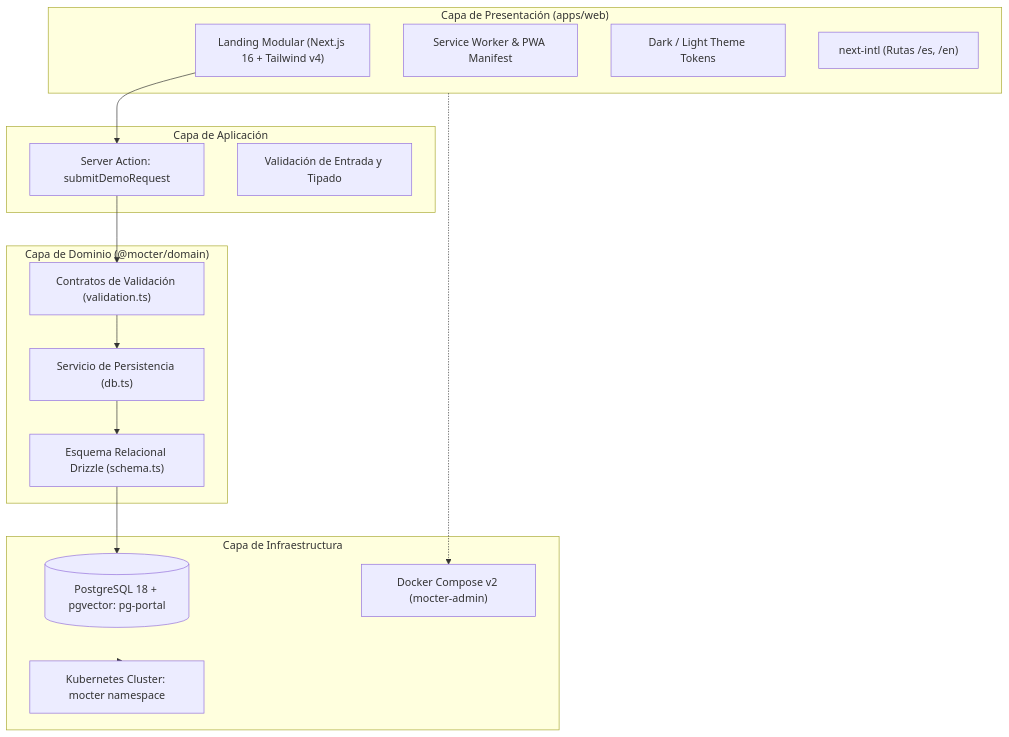
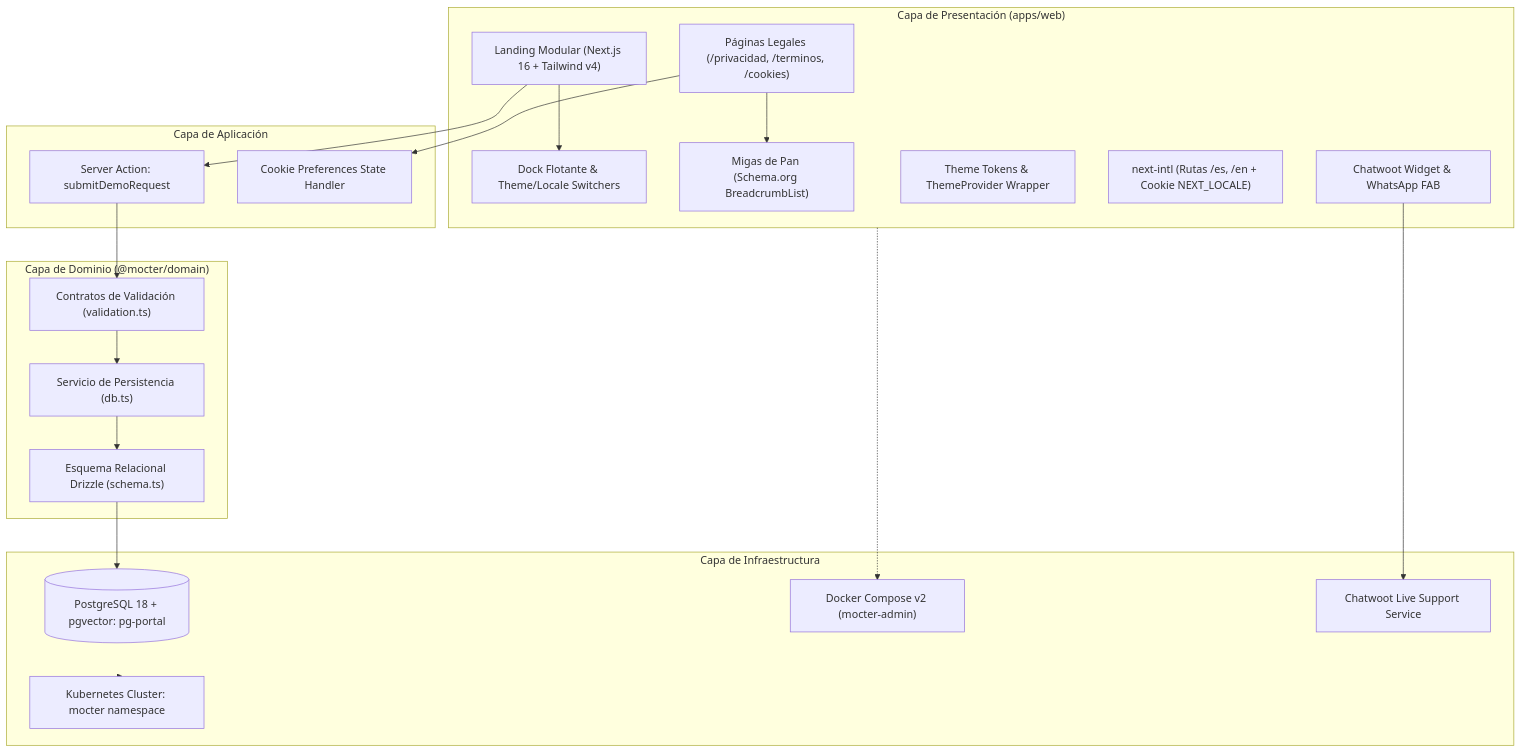
One commit to EnuarRosales/landig-agencia changed the diagram in ESTADO_TECNICO_ACTUAL.md. Above: the diagram before and after it, drawn with Mermaid. The commit also changed other lines of this file, not shown here.

Commit message:
docs: update technical state with chatwoot, legal pages and ui enhancements

````diff
--- a/ESTADO_TECNICO_ACTUAL.md
+++ b/ESTADO_TECNICO_ACTUAL.md
@@ -98,34 +119,42 @@
 ```mermaid
 flowchart TD
     subgraph Presentation["Capa de Presentación (apps/web)"]
         UI["Landing Modular (Next.js 16 + Tailwind v4)"]
-        PWA["Service Worker & PWA Manifest"]
-        Theme["Dark / Light Theme Tokens"]
-        i18n["next-intl (Rutas /es, /en)"]
+        Nav["Dock Flotante & Theme/Locale Switchers"]
+        Legal["Páginas Legales (/privacidad, /terminos, /cookies)"]
+        Breadcrumbs["Migas de Pan (Schema.org BreadcrumbList)"]
+        Chat["Chatwoot Widget & WhatsApp FAB"]
+        Theme["Theme Tokens & ThemeProvider Wrapper"]
+        i18n["next-intl (Rutas /es, /en + Cookie NEXT_LOCALE)"]
     end
 
     subgraph AppLogic["Capa de Aplicación"]
         Action["Server Action: submitDemoRequest"]
-        RateLimit["Validación de Entrada y Tipado"]
+        CookiesAction["Cookie Preferences State Handler"]
     end
 
     subgraph Domain["Capa de Dominio (@mocter/domain)"]
         ZodSchema["Contratos de Validación (validation.ts)"]
         DBService["Servicio de Persistencia (db.ts)"]
         DrizzleSchema["Esquema Relacional Drizzle (schema.ts)"]
     end
 
     subgraph Infrastructure["Capa de Infraestructura"]
         PG[(PostgreSQL 18 + pgvector: pg-portal)]
         Docker["Docker Compose v2 (mocter-admin)"]
         K8s["Kubernetes Cluster: mocter namespace"]
+        ChatwootSvc["Chatwoot Live Support Service"]
     end
 
+    UI --> Nav
     UI --> Action
+    Legal --> Breadcrumbs
+    Legal --> CookiesAction
     Action --> ZodSchema
     ZodSchema --> DBService
     DBService --> DrizzleSchema
     DrizzleSchema --> PG
+    Chat --> ChatwootSvc
     Presentation -.-> Docker
     Infrastructure -.-> K8s
 ```
````
